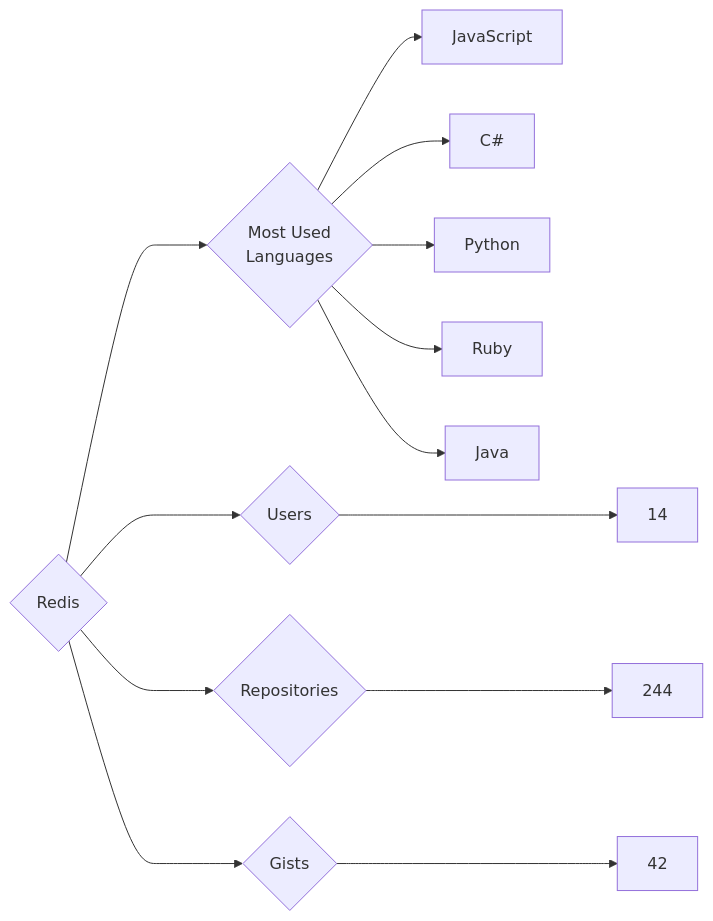
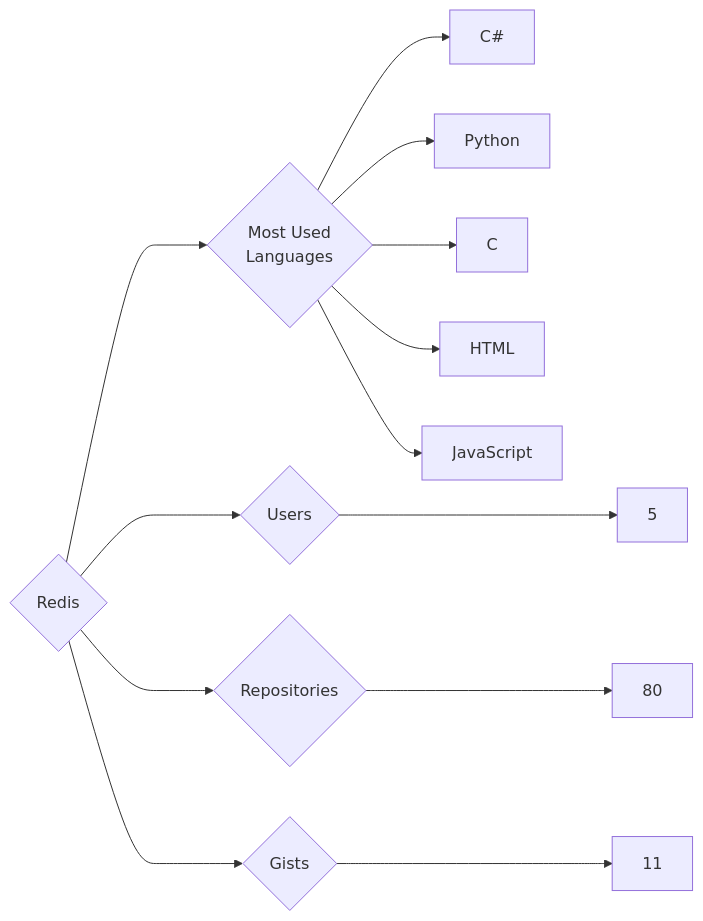
Before and after one commit to trickest/insiders: the diagram in targets/Redis/README.md, drawn with Mermaid. The commit also changed 948 other files, not shown here.

````diff
--- a/targets/Redis/README.md
+++ b/targets/Redis/README.md
@@ -3,13 +3,13 @@
 ```mermaid
 graph LR
 COMPANY_NAME{Redis}
-COMPANY_NAME ---> U{Users} ---> UN[14]
-COMPANY_NAME ---> R{Repositories} ---> RN[244]
-COMPANY_NAME ---> G{Gists} ---> GN[42]
+COMPANY_NAME ---> U{Users} ---> UN[5]
+COMPANY_NAME ---> R{Repositories} ---> RN[80]
+COMPANY_NAME ---> G{Gists} ---> GN[11]
 COMPANY_NAME ---> ML{Most Used<br>Languages}
-ML --> JavaScript[JavaScript]
 ML --> C#[C#]
 ML --> Python[Python]
-ML --> Ruby[Ruby]
-ML --> Java[Java]
+ML --> C[C]
+ML --> HTML[HTML]
+ML --> JavaScript[JavaScript]
 ```
````
